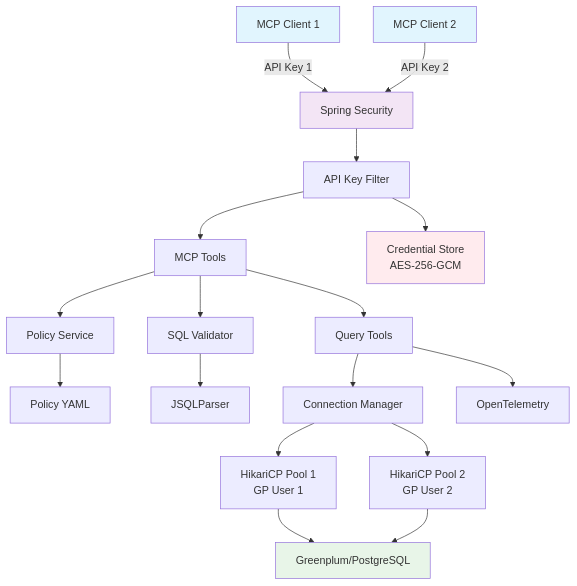
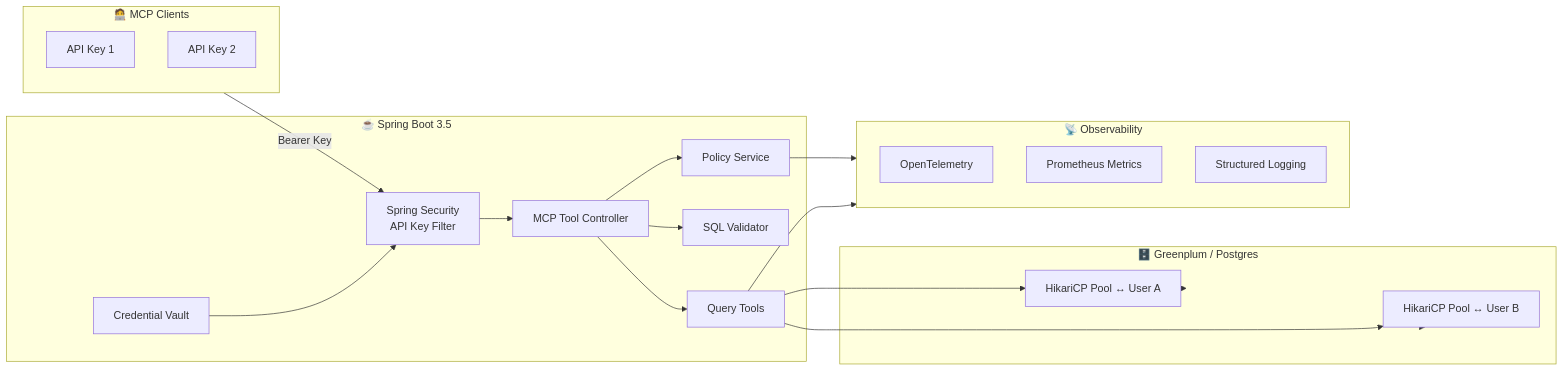
One commit to dbbaskette/gp-mcp-server changed the diagram in README.md. Above: the diagram before and after it, drawn with Mermaid. The commit also changed other lines of this file, not shown here.

````diff
--- a/README.md
+++ b/README.md
@@ -78,26 +92,40 @@
 ```mermaid
-graph TB
-    A[MCP Client 1] -->|API Key 1| B[Spring Security]
-    C[MCP Client 2] -->|API Key 2| B
-    B --> D[API Key Filter]
-    D --> E[MCP Tools]
-    E --> F[Policy Service]
-    E --> G[SQL Validator]
-    E --> H[Query Tools]
-    H --> I[Connection Manager]
-    I --> J[HikariCP Pool 1<br/>GP User 1]
-    I --> K[HikariCP Pool 2<br/>GP User 2]
-    J --> L[Greenplum/PostgreSQL]
-    K --> L
+flowchart LR
+  subgraph Client["🧑‍💻 MCP Clients" ]
+    Tooling1[API Key 1]
+    Tooling2[API Key 2]
+  end
 
-    D --> M[Credential Store<br/>AES-256-GCM]
-    F --> N[Policy YAML]
-    G --> O[JSQLParser]
-    H --> P[OpenTelemetry]
+  subgraph Gateway["☕ Spring Boot 3.5"]
+    Security[Spring Security<br/>API Key Filter]
+    MCPServer[MCP Tool Controller]
+    PolicySvc[Policy Service]
+    SQLGuard[SQL Validator]
+    QueryOps[Query Tools]
+    KeyVault[Credential Vault]
+  end
 
-    style A fill:#e1f5fe
-    style C fill:#e1f5fe
-    style B fill:#f3e5f5
-    style L fill:#e8f5e8
-    style M fill:#ffebee
+  subgraph Data["🗄️ Greenplum / Postgres"]
+    Pool1[HikariCP Pool ↔ User A]
+    Pool2[HikariCP Pool ↔ User B]
+  end
+
+  subgraph Telemetry["📡 Observability"]
+    OTEL[OpenTelemetry]
+    Metrics[Prometheus Metrics]
+    Logs[Structured Logging]
+  end
+
+  Client -->|Bearer Key| Security
+  Security --> MCPServer
+  MCPServer --> PolicySvc
+  MCPServer --> SQLGuard
+  MCPServer --> QueryOps
+  QueryOps --> Pool1
+  QueryOps --> Pool2
+  Pool1 --> Data
+  Pool2 --> Data
+  KeyVault --> Security
+  QueryOps --> Telemetry
+  PolicySvc --> Telemetry
 ```
````
